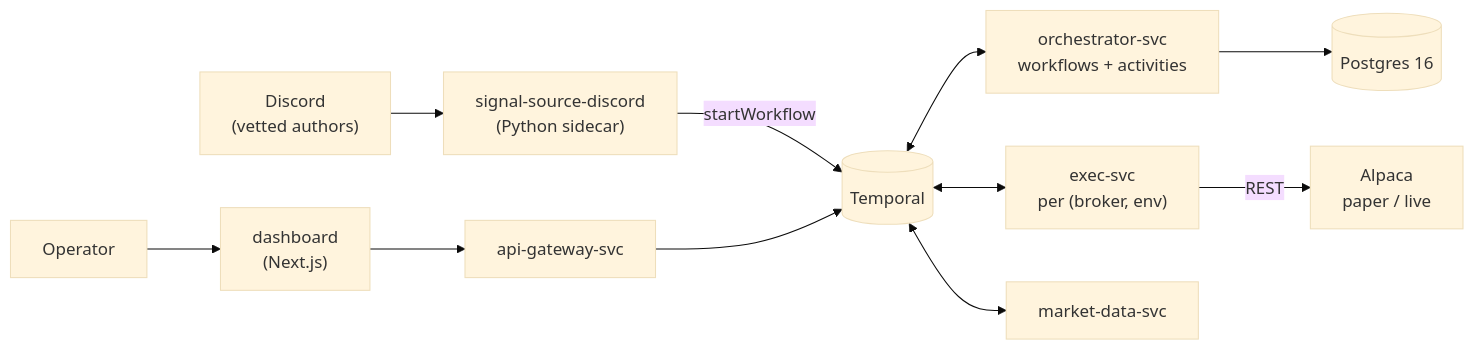
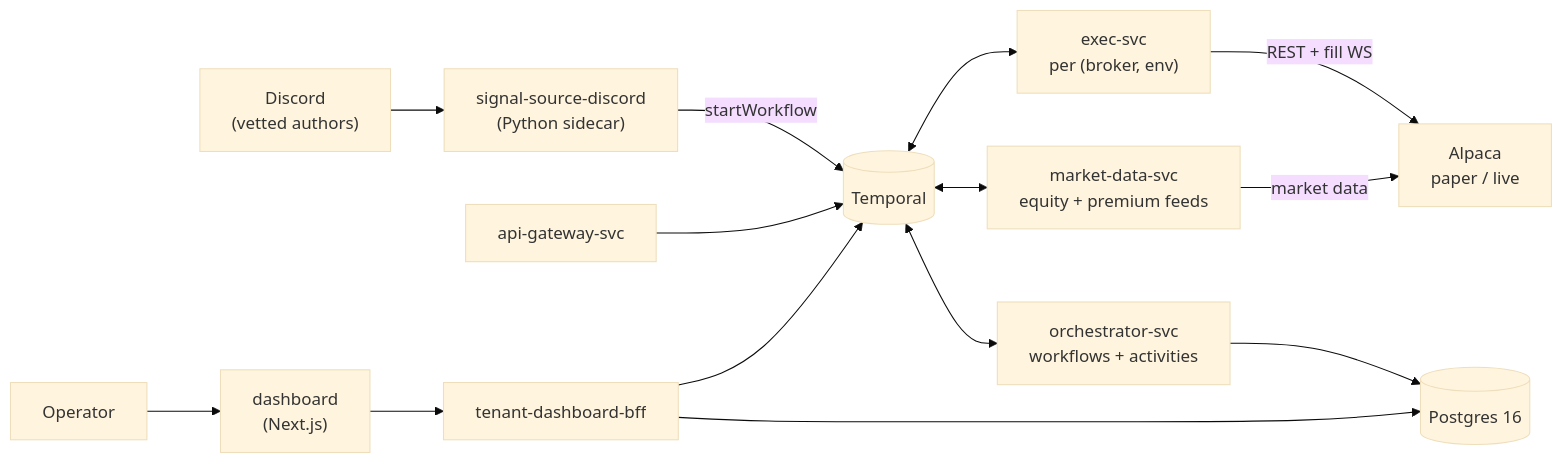
The diagram in README.md (ridopark/oh-my-tradeagent), drawn with Mermaid (base theme) before and after one commit. The commit also changed other lines of this file and 1 other file, not shown here.

First line of the commit message:
docs: refresh README + architecture for the current system (watchlist, live exec, operator surface) (#846)

````diff
--- a/README.md
+++ b/README.md
@@ -19,13 +20,16 @@
 ```mermaid
 flowchart LR
     DISCORD["Discord<br/>(vetted authors)"] --> SIDECAR["signal-source-discord<br/>(Python sidecar)"]
     SIDECAR -->|"startWorkflow"| TEMPORAL[("Temporal")]
     TEMPORAL <--> ORCH["orchestrator-svc<br/>workflows + activities"]
     TEMPORAL <--> EXEC["exec-svc<br/>per (broker, env)"]
-    TEMPORAL <--> MD["market-data-svc"]
-    EXEC -->|"REST"| ALPACA["Alpaca<br/>paper / live"]
+    TEMPORAL <--> MD["market-data-svc<br/>equity + premium feeds"]
+    EXEC -->|"REST + fill WS"| ALPACA["Alpaca<br/>paper / live"]
+    MD -->|"market data"| ALPACA
     ORCH --> PG[("Postgres 16")]
     API["api-gateway-svc"] --> TEMPORAL
-    DASH["dashboard<br/>(Next.js)"] --> API
+    BFF["tenant-dashboard-bff"] --> TEMPORAL
+    BFF --> PG
+    DASH["dashboard<br/>(Next.js)"] --> BFF
     OPERATOR["Operator"] --> DASH
 ```
````
